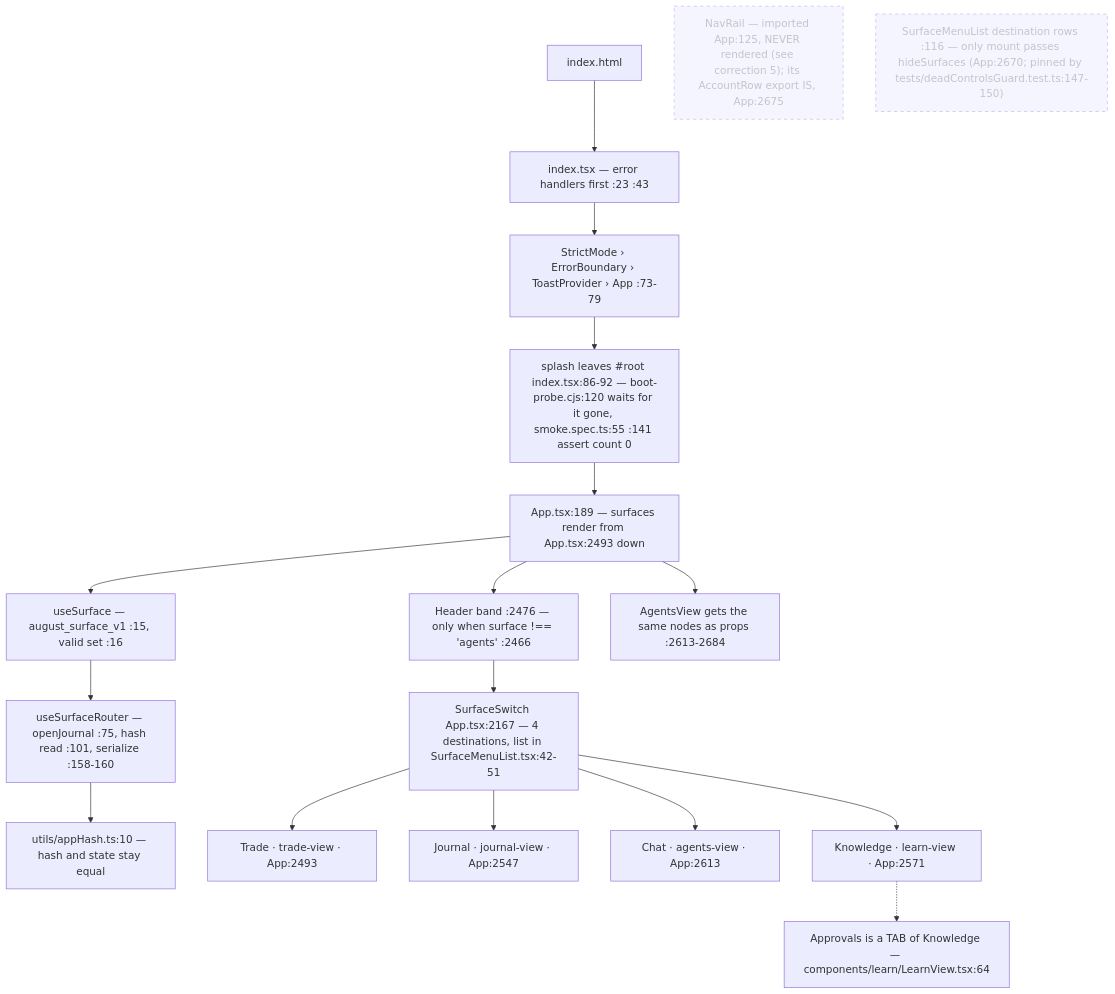
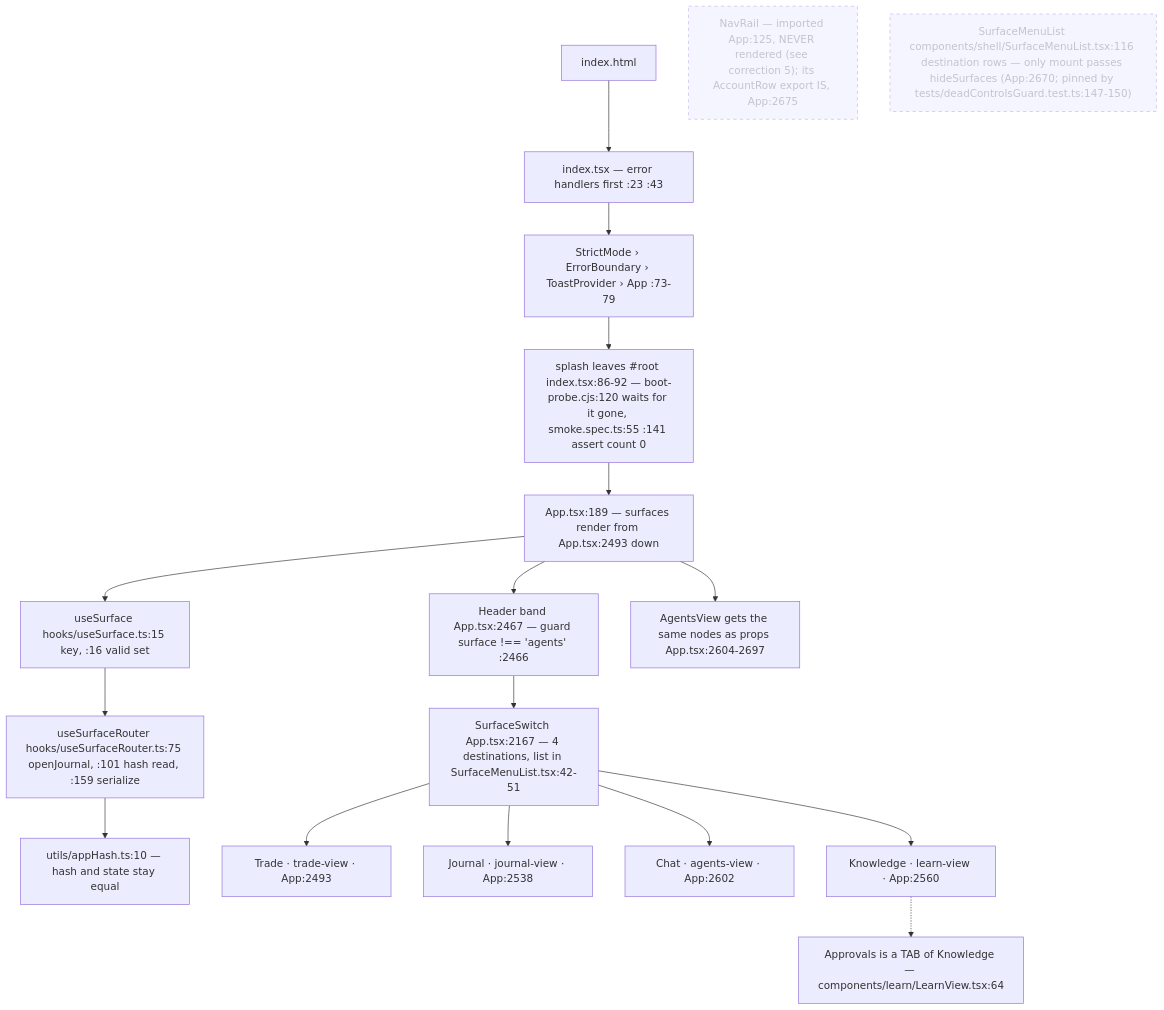
Before and after one commit to Acepay25/august-3.5: the first of 7 diagrams in docs/app-flow.md, drawn with Mermaid. The commit also changed other lines of this file and 2 other files, not shown here.

First line of the commit message:
docs(app-flow): qualify every line number, which found six of them wrong

````diff
--- a/docs/app-flow.md
+++ b/docs/app-flow.md
@@ -21,21 +21,21 @@
 ```mermaid
 flowchart TD
     H["index.html"] --> I["index.tsx — error handlers first :23 :43"]
     I --> S["StrictMode › ErrorBoundary › ToastProvider › App :73-79"]
     S --> SP["splash leaves #root index.tsx:86-92 — boot-probe.cjs:120 waits for it gone, smoke.spec.ts:55 :141 assert count 0"]
     SP --> APP["App.tsx:189 — surfaces render from App.tsx:2493 down"]
-    APP --> US["useSurface — august_surface_v1 :15, valid set :16"]
-    US --> UR["useSurfaceRouter — openJournal :75, hash read :101, serialize :158-160"]
+    APP --> US["useSurface hooks/useSurface.ts:15 key, :16 valid set"]
+    US --> UR["useSurfaceRouter hooks/useSurfaceRouter.ts:75 openJournal, :101 hash read, :159 serialize"]
     UR --> HASH["utils/appHash.ts:10 — hash and state stay equal"]
-    APP --> HD["Header band :2476 — only when surface !== 'agents' :2466"]
+    APP --> HD["Header band App.tsx:2467 — guard surface !== 'agents' :2466"]
     HD --> SW["SurfaceSwitch App.tsx:2167 — 4 destinations, list in SurfaceMenuList.tsx:42-51"]
-    APP --> AV["AgentsView gets the same nodes as props :2613-2684"]
+    APP --> AV["AgentsView gets the same nodes as props App.tsx:2604-2697"]
     SW --> T["Trade · trade-view · App:2493"]
-    SW --> J["Journal · journal-view · App:2547"]
-    SW --> C["Chat · agents-view · App:2613"]
-    SW --> K["Knowledge · learn-view · App:2571"]
+    SW --> J["Journal · journal-view · App:2538"]
+    SW --> C["Chat · agents-view · App:2602"]
+    SW --> K["Knowledge · learn-view · App:2560"]
     K -.-> AP["Approvals is a TAB of Knowledge — components/learn/LearnView.tsx:64"]
     NR["NavRail — imported App:125, NEVER rendered (see correction 5); its AccountRow export IS, App:2675"]:::dead
-    SM["SurfaceMenuList destination rows :116 — only mount passes hideSurfaces (App:2670; pinned by tests/deadControlsGuard.test.ts:147-150)"]:::dead
+    SM["SurfaceMenuList components/shell/SurfaceMenuList.tsx:116 destination rows — only mount passes hideSurfaces (App:2670; pinned by tests/deadControlsGuard.test.ts:147-150)"]:::dead
     classDef dead stroke-dasharray: 5 5,opacity:.5
 ```
````
